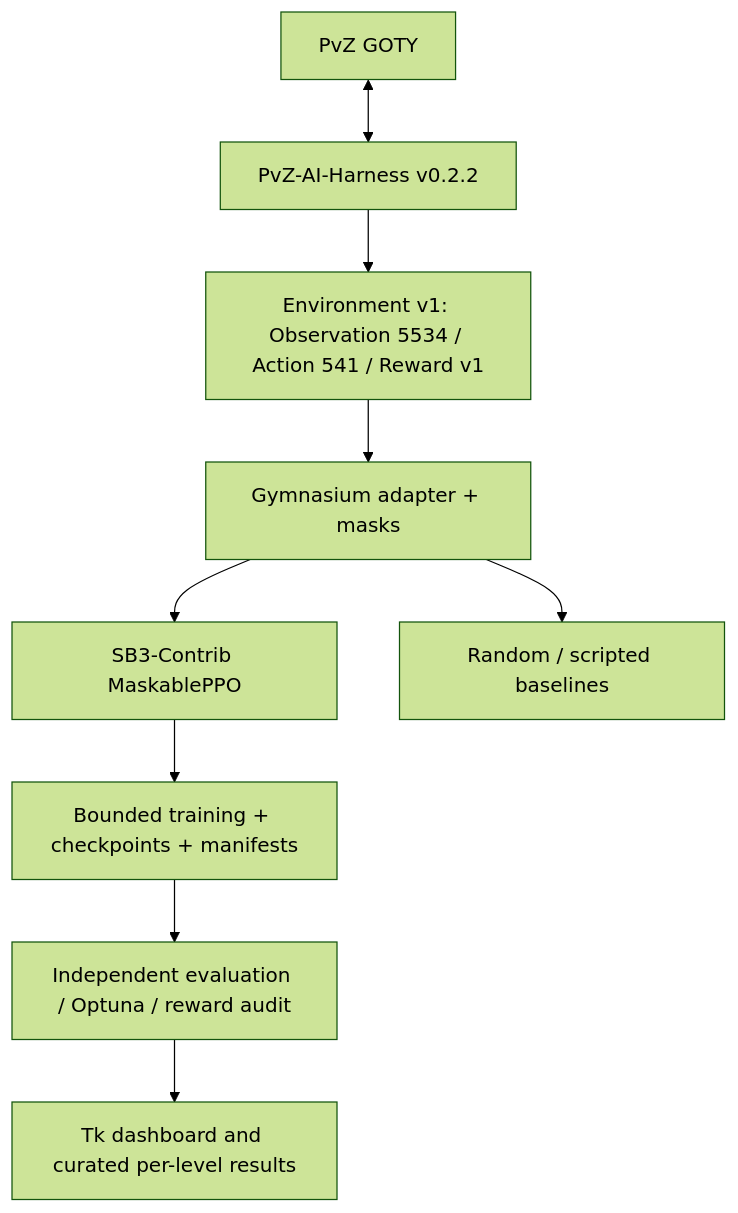
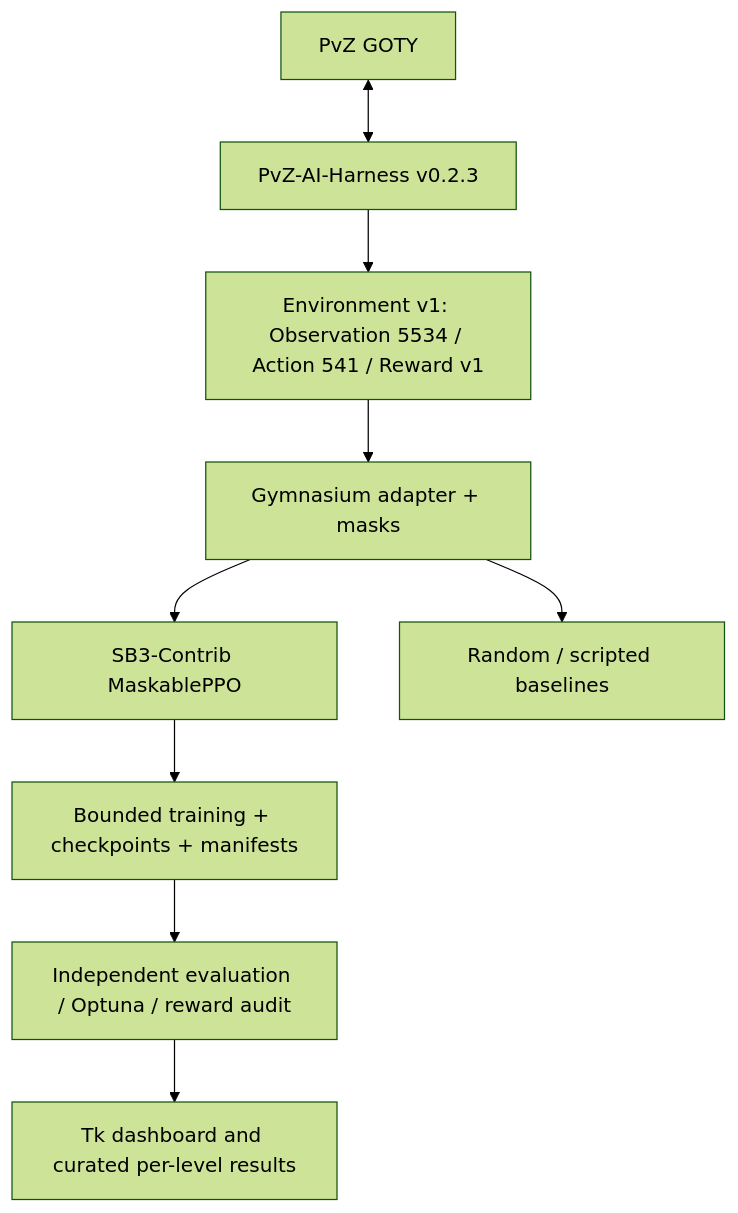
The diagram in README.md (b3d012/PvZ-DeepLearning), drawn with Mermaid (forest theme) before and after one commit. The commit also changed other lines of this file and 9 other files, not shown here.

````diff
--- a/README.md
+++ b/README.md
@@ -10,11 +10,11 @@
 ```mermaid
 flowchart TD
-    G[PvZ GOTY] <--> H[PvZ-AI-Harness v0.2.2]
+    G[PvZ GOTY] <--> H[PvZ-AI-Harness v0.2.3]
     H --> E[Environment v1: Observation 5534 / Action 541 / Reward v1]
     E --> A[Gymnasium adapter + masks]
     A --> P[SB3-Contrib MaskablePPO]
     A --> B[Random / scripted baselines]
     P --> T[Bounded training + checkpoints + manifests]
     T --> V[Independent evaluation / Optuna / reward audit]
     V --> D[Tk dashboard and curated per-level results]
 ```
````
